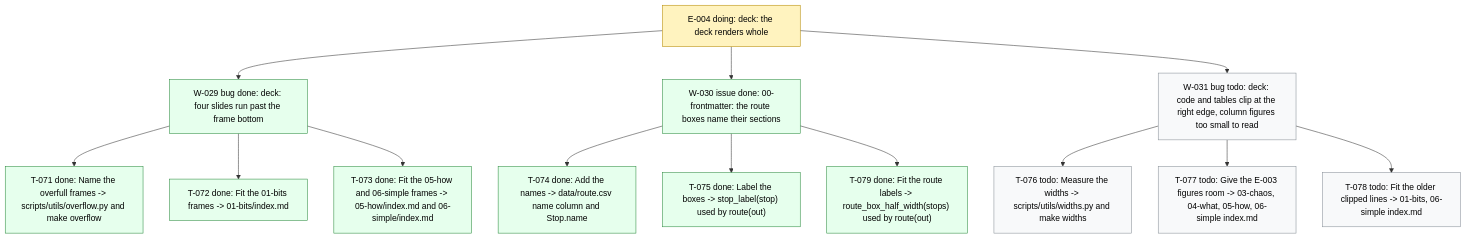
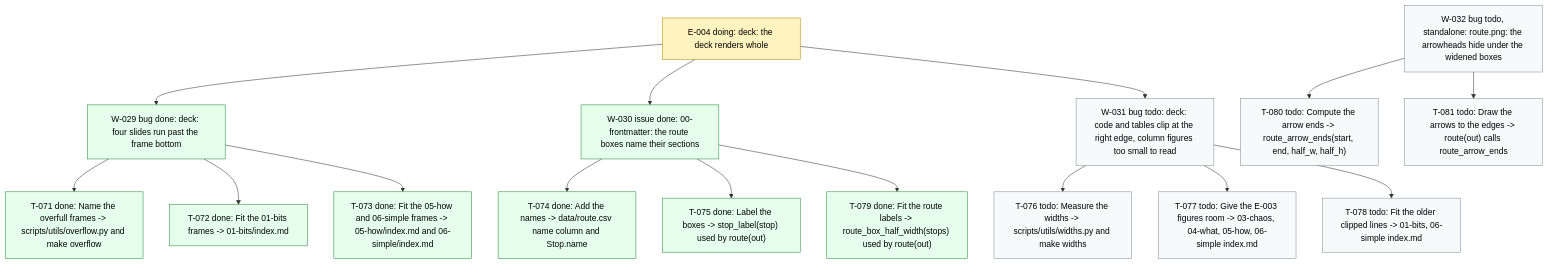
Before and after one commit to dpopchev/chaos-to-simple: the diagram in .board/BOARD.md, drawn with Mermaid. The commit also changed other lines of this file and 6 other files, not shown here.

First line of the commit message:
chore(board): W-030 verified; file W-032, the hidden route arrowheads

````diff
--- a/.board/BOARD.md
+++ b/.board/BOARD.md
@@ -193,24 +194,27 @@
 ```mermaid
 flowchart TD
   E004["E-004 doing: deck: the deck renders whole"]
   E004 --> W029["W-029 bug done: deck: four slides run past the frame bottom"]
   W029 --> T071["T-071 done: Name the overfull frames -> scripts/utils/overflow.py and make overflow"]
   W029 --> T072["T-072 done: Fit the 01-bits frames -> 01-bits/index.md"]
   W029 --> T073["T-073 done: Fit the 05-how and 06-simple frames -> 05-how/index.md and 06-simple/index.md"]
   E004 --> W030["W-030 issue done: 00-frontmatter: the route boxes name their sections"]
   W030 --> T074["T-074 done: Add the names -> data/route.csv name column and Stop.name"]
   W030 --> T075["T-075 done: Label the boxes -> stop_label(stop) used by route(out)"]
   W030 --> T079["T-079 done: Fit the route labels -> route_box_half_width(stops) used by route(out)"]
   E004 --> W031["W-031 bug todo: deck: code and tables clip at the right edge, column figures too small to read"]
   W031 --> T076["T-076 todo: Measure the widths -> scripts/utils/widths.py and make widths"]
   W031 --> T077["T-077 todo: Give the E-003 figures room -> 03-chaos, 04-what, 05-how, 06-simple index.md"]
   W031 --> T078["T-078 todo: Fit the older clipped lines -> 01-bits, 06-simple index.md"]
+  W032["W-032 bug todo, standalone: route.png: the arrowheads hide under the widened boxes"]
+  W032 --> T080["T-080 todo: Compute the arrow ends -> route_arrow_ends(start, end, half_w, half_h)"]
+  W032 --> T081["T-081 todo: Draw the arrows to the edges -> route(out) calls route_arrow_ends"]
   classDef doing fill:#fff3bf,stroke:#b58900,color:#000;
   classDef blocked fill:#ffe3e3,stroke:#c92a2a,color:#000;
   classDef done fill:#e6ffed,stroke:#2b8a3e,color:#000;
   classDef todo fill:#f8f9fa,stroke:#868e96,color:#000;
   classDef pruned fill:#f1f3f5,stroke:#adb5bd,color:#000;
   class E004 doing
   class W029,T071,T072,T073,W030,T074,T075,T079 done
-  class W031,T076,T077,T078 todo
+  class W031,T076,T077,T078,W032,T080,T081 todo
 ```
````
